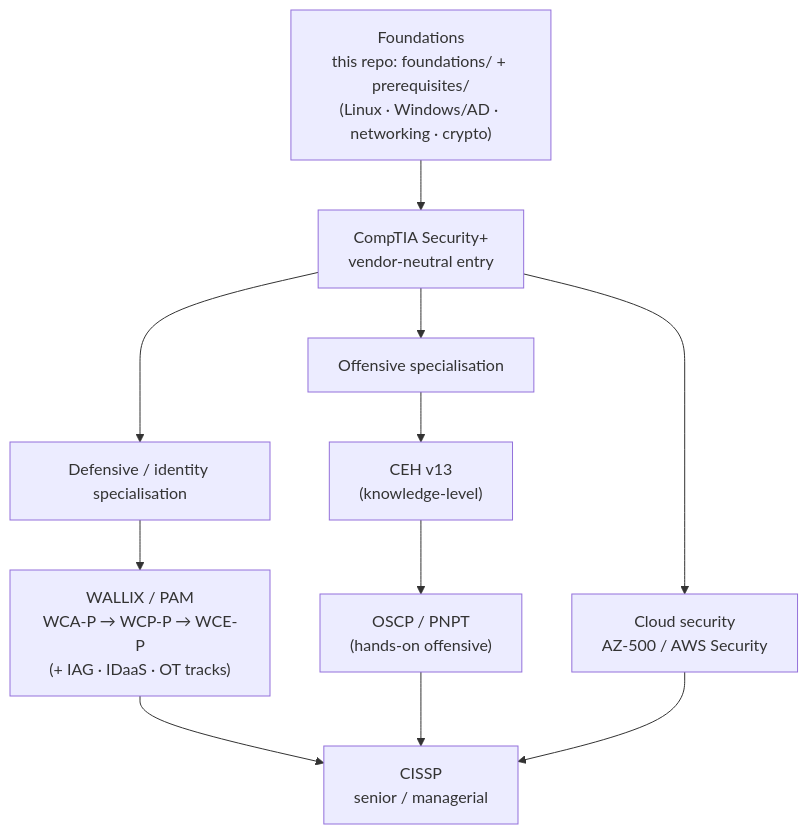
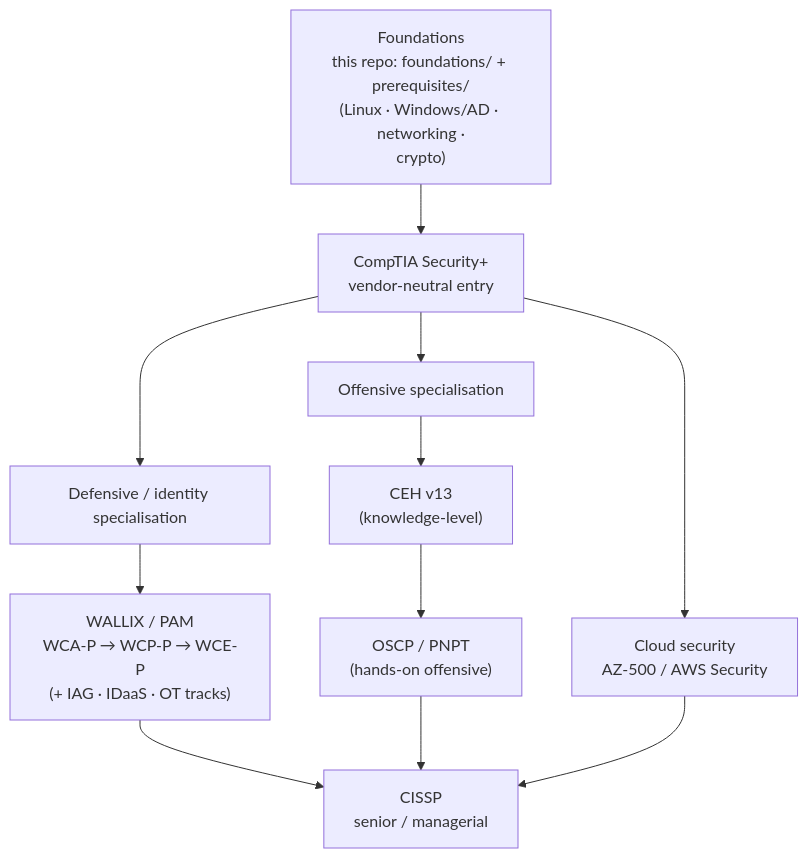
The diagram in learning/roadmap.md (morandeirachema/WallixCerts), drawn with Mermaid before and after one commit. The commit also changed 37 other files, not shown here.

First line of the commit message:
Make Mermaid node boxes fit their text (wrap long labels) + enforce it

````diff
--- a/learning/roadmap.md
+++ b/learning/roadmap.md
@@ -19,13 +19,13 @@
 ```mermaid
 flowchart TD
-    F["Foundations<br/>this repo: foundations/ + prerequisites/<br/>(Linux · Windows/AD · networking · crypto)"] --> SP["CompTIA Security+<br/>vendor-neutral entry"]
+    F["Foundations<br/>this repo: foundations/ + prerequisites/<br/>(Linux · Windows/AD · networking ·<br/>crypto)"] --> SP["CompTIA Security+<br/>vendor-neutral entry"]
     SP --> DEF["Defensive / identity specialisation"]
     SP --> OFF["Offensive specialisation"]
     SP --> CLOUD["Cloud security<br/>AZ-500 / AWS Security"]
     DEF --> WALLIX["WALLIX / PAM<br/>WCA-P → WCP-P → WCE-P<br/>(+ IAG · IDaaS · OT tracks)"]
     OFF --> CEH["CEH v13<br/>(knowledge-level)"]
     CEH --> HANDSON["OSCP / PNPT<br/>(hands-on offensive)"]
     WALLIX --> SENIOR["CISSP<br/>senior / managerial"]
     HANDSON --> SENIOR
     CLOUD --> SENIOR
 ```
````
